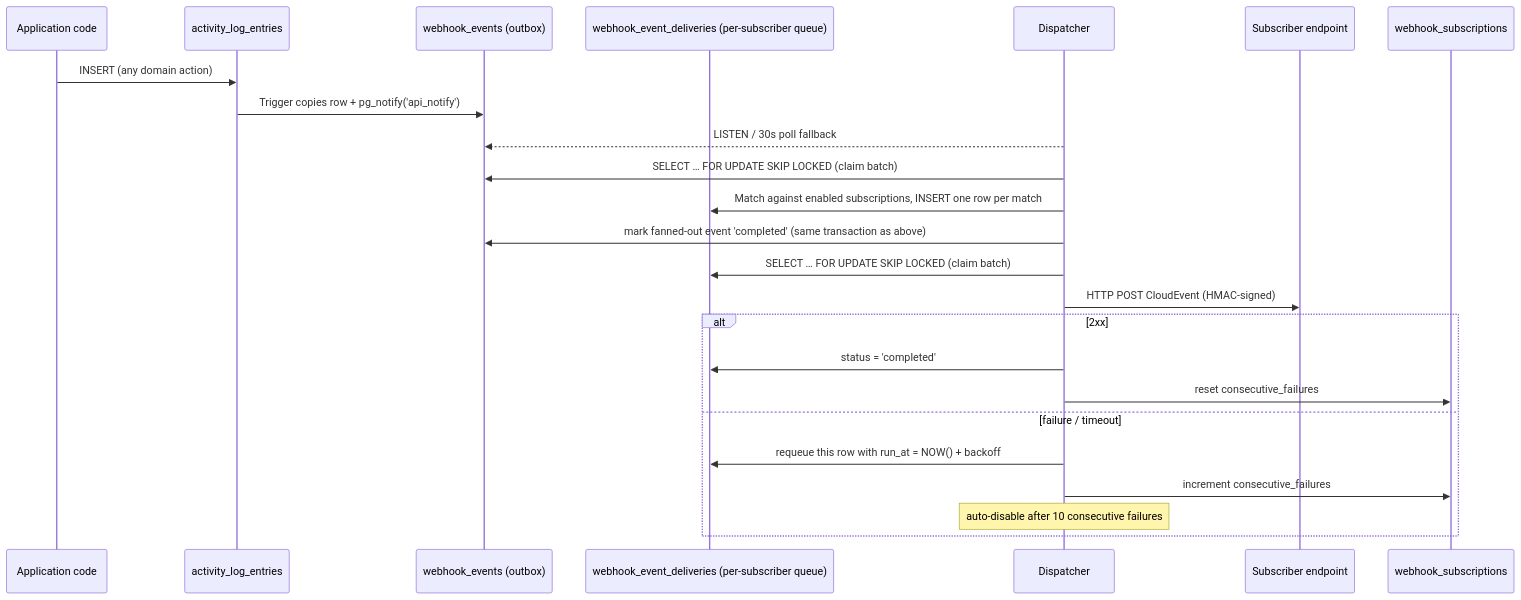
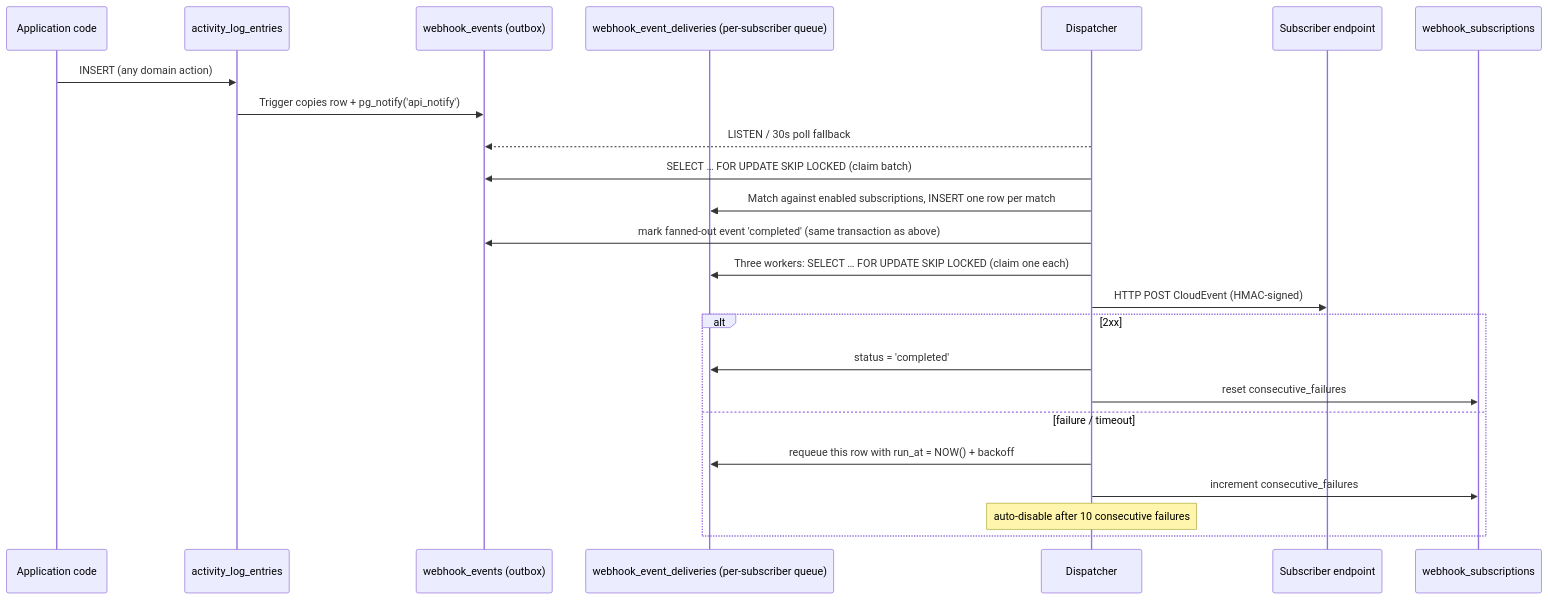
The diagram in internal/activitylog/webhook/README.md (nais/api), drawn with Mermaid before and after one commit. The commit also changed other lines of this file and 7 other files, not shown here.

````diff
--- a/internal/activitylog/webhook/README.md
+++ b/internal/activitylog/webhook/README.md
@@ -12,26 +24,26 @@
 ```mermaid
 sequenceDiagram
     participant App as Application code
     participant AL as activity_log_entries
     participant WE as webhook_events (outbox)
     participant ED as webhook_event_deliveries (per-subscriber queue)
     participant D as Dispatcher
     participant Sub as Subscriber endpoint
 
     App->>AL: INSERT (any domain action)
     AL->>WE: Trigger copies row + pg_notify('api_notify')
     D-->>WE: LISTEN / 30s poll fallback
     D->>WE: SELECT … FOR UPDATE SKIP LOCKED (claim batch)
     D->>ED: Match against enabled subscriptions, INSERT one row per match
     D->>WE: mark fanned-out event 'completed' (same transaction as above)
-    D->>ED: SELECT … FOR UPDATE SKIP LOCKED (claim batch)
+    D->>ED: Three workers: SELECT … FOR UPDATE SKIP LOCKED (claim one each)
     D->>Sub: HTTP POST CloudEvent (HMAC-signed)
     alt 2xx
         D->>ED: status = 'completed'
         D->>webhook_subscriptions: reset consecutive_failures
     else failure / timeout
         D->>ED: requeue this row with run_at = NOW() + backoff
         D->>webhook_subscriptions: increment consecutive_failures
         note over D: auto-disable after 10 consecutive failures
     end
 ```
````
